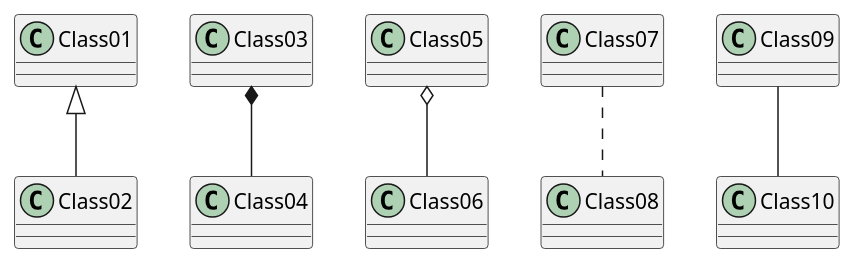
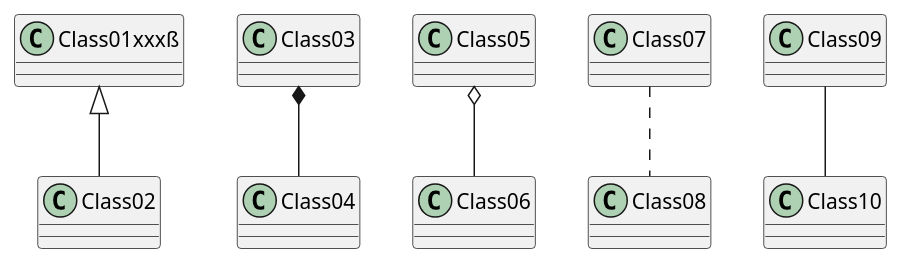
Before and after one commit to nemethmik/ExperimentingWithAndroid: the diagram in AS34Essentials32ViewModelDemo/arch10.puml, drawn with PlantUML. The commit also changed 6 other files, not shown here.

```diff
--- a/AS34Essentials32ViewModelDemo/arch10.puml
+++ b/AS34Essentials32ViewModelDemo/arch10.puml
@@ -1,7 +1,7 @@
 @startuml hello
-Class01 <|-- Class02 
+Class01xxxß <|-- Class02 
 Class03 *-- Class04 
 Class05 o-- Class06 
 Class07 .. Class08
 Class09 -- Class10
 @enduml
```
